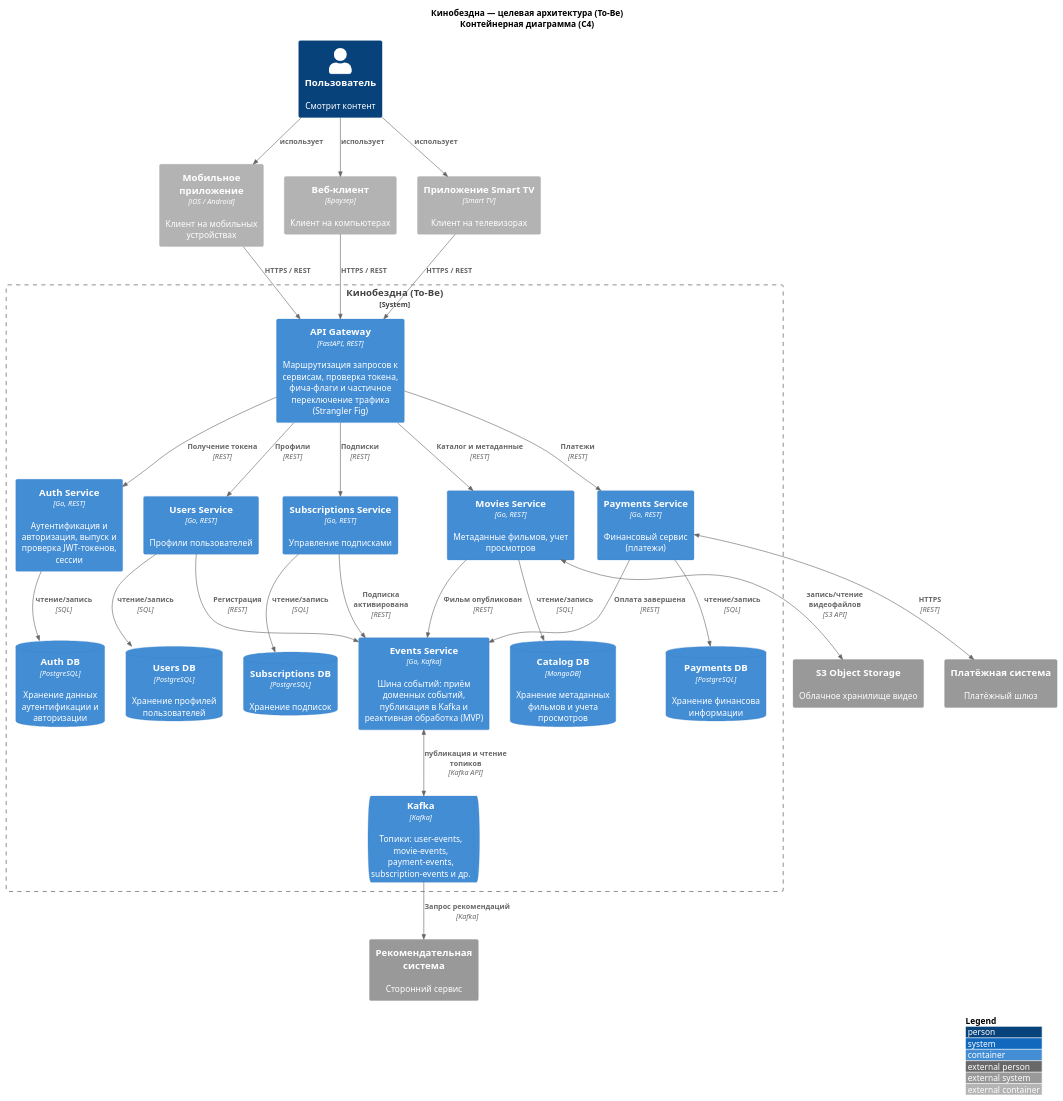
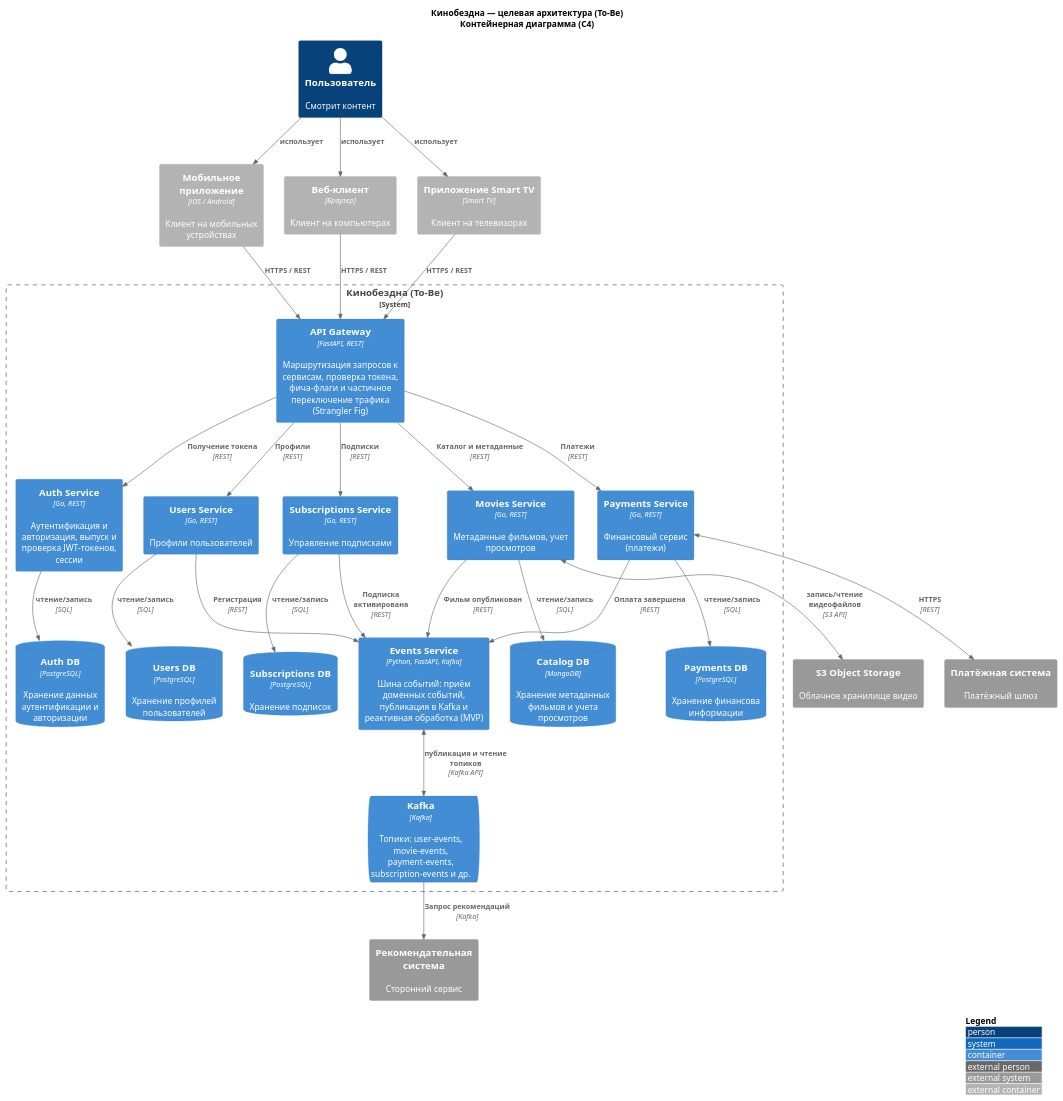
The diagram in docs/diagrams/container/c4-container-to-be.puml (VicShved/architecture-cinemaabyss-main), drawn with PlantUML before and after one commit. The commit also changed 21 other files, not shown here.

```diff
--- a/docs/diagrams/container/c4-container-to-be.puml
+++ b/docs/diagrams/container/c4-container-to-be.puml
@@ -1,84 +1,84 @@
 @startuml
 ' Кинобездна — To-Be, контейнерная диаграмма (C4 Container)
 ' Все контейнеры планируются к развёртыванию в Kubernetes (Helm) — вне рамок диаграммы.
 !include ../templates/C4_Container.puml
 
 title Кинобездна — целевая архитектура (To-Be)\nКонтейнерная диаграмма (C4)
 
 ' Люди
 Person(user, "Пользователь", "Смотрит контент")
 
 ' Внешние системы
 System_Ext(reco, "Рекомендательная система", "Сторонний сервис")
 System_Ext(pay, "Платёжная система", "Платёжный шлюз")
 System_Ext(s3, "S3 Object Storage", "Облачное хранилище видео")
 
 ' Клиенты
 Container_Ext(mobile, "Мобильное приложение", "iOS / Android", "Клиент на мобильных устройствах")
 Container_Ext(web, "Веб-клиент", "Браузер", "Клиент на компьютерах")
 Container_Ext(tv, "Приложение Smart TV", "Smart TV", "Клиент на телевизорах")
 
 System_Boundary(cinemaabyss, "Кинобездна (To-Be)") {
 
   ' Единая точка входа
   Container(gateway, "API Gateway", "FastAPI, REST", "Маршрутизация запросов к сервисам, проверка токена, фича-флаги и частичное переключение трафика (Strangler Fig)")
 
   ' Микросервисы по доменам
   Container(auth, "Auth Service", "Go, REST", "Аутентификация и авторизация, выпуск и проверка JWT-токенов, сессии")
   Container(users, "Users Service", "Go, REST", "Профили пользователей")
   Container(movies, "Movies Service", "Go, REST", "Метаданные фильмов, учет просмотров")
   Container(payments, "Payments Service", "Go, REST", "Финансовый сервис (платежи)")
   Container(subs, "Subscriptions Service", "Go, REST", "Управление подписками")
-  Container(events, "Events Service", "Go, Kafka", "Шина событий: приём доменных событий, публикация в Kafka и реактивная обработка (MVP)")
+  Container(events, "Events Service", "Python, FastAPI, Kafka", "Шина событий: приём доменных событий, публикация в Kafka и реактивная обработка (MVP)")
 
   ' Базы данных сервисов (database-per-service)
   ContainerDb(authdb, "Auth DB", "PostgreSQL", "Хранение данных аутентификации и авторизации")
   ContainerDb(usersdb, "Users DB", "PostgreSQL", "Хранение профилей пользователей")
   ContainerDb(catdb, "Catalog DB", "MongoDB", "Хранение метаданных фильмов и учета просмотров")
   ContainerDb(paydb, "Payments DB", "PostgreSQL", "Хранение финансова информации")
   ContainerDb(subsdb, "Subscriptions DB", "PostgreSQL", "Хранение подписок")
 
   ' Шина сообщений
   ContainerQueue(kafka, "Kafka", "Kafka", "Топики: user-events, movie-events, payment-events, subscription-events и др.")
 }
 
 ' Клиенты обращаются через единый вход
 Rel(user, mobile, "использует")
 Rel(user, web, "использует")
 Rel(user, tv, "использует")
 
 Rel(mobile, gateway, "HTTPS / REST")
 Rel(web, gateway, "HTTPS / REST")
 Rel(tv, gateway, "HTTPS / REST")
 
 ' API Gateway маршрутизирует к сервисам
 Rel(gateway, auth, "Получение токена", "REST")
 Rel(gateway, users, "Профили", "REST")
 Rel(gateway, movies, "Каталог и метаданные", "REST")
 Rel(gateway, payments, "Платежи", "REST")
 Rel(gateway, subs, "Подписки", "REST")
 
 ' Сервисы владеют своими БД
 Rel(auth, authdb, "чтение/запись", "SQL")
 Rel(users, usersdb, "чтение/запись", "SQL")
 Rel(movies, catdb, "чтение/запись", "SQL")
 Rel(payments, paydb, "чтение/запись", "SQL")
 Rel(subs, subsdb, "чтение/запись", "SQL")
 
 ' Доменные события через шину
 Rel(users, events, "Регистрация", "REST")
 Rel(movies, events, "Фильм опубликован", "REST")
 Rel(payments, events, "Оплата завершена", "REST")
 Rel(subs, events, "Подписка активирована", "REST")
 
 ' Шина публикует и потребляет события Kafka
 BiRel(events, kafka, "публикация и чтение топиков", "Kafka API")
 Rel(kafka, reco, "Запрос рекомендаций", "Kafka")
 
 ' Внешние интеграции
 BiRel(payments, pay, "HTTPS", "REST")
 BiRel(movies, s3, "запись/чтение видеофайлов", "S3 API")
 
 LAYOUT_WITH_LEGEND()
 
 @enduml
```
